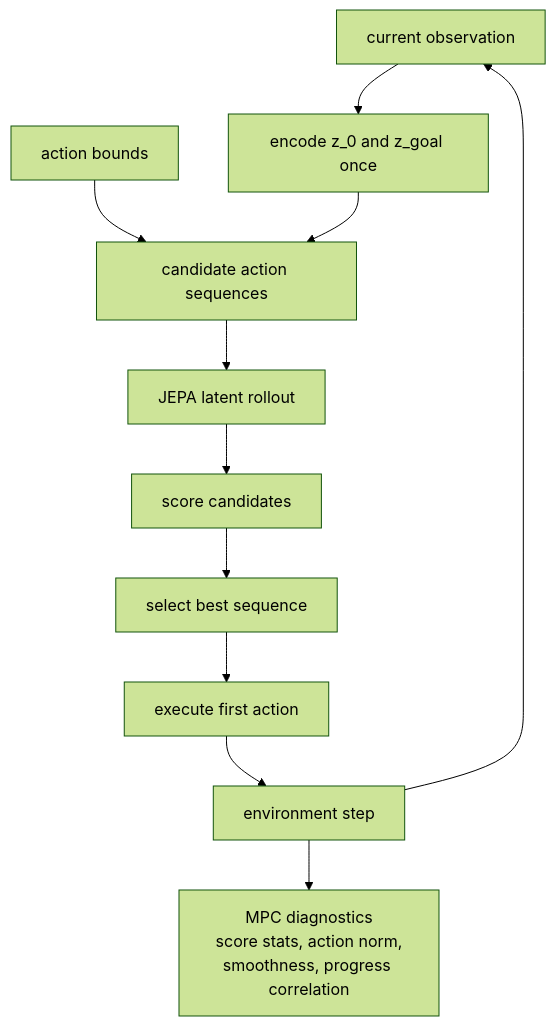
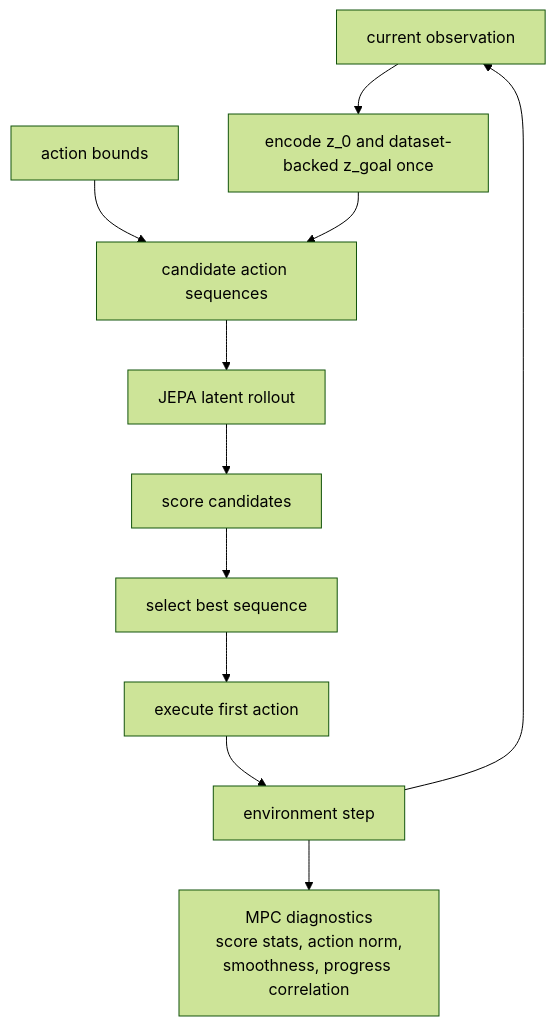
The eighth of 9 diagrams in README.md (gustavorubim/jepa-benchmark), drawn with Mermaid (forest theme) before and after one commit. The commit also changed other lines of this file and 5 other files, not shown here.

````diff
--- a/README.md
+++ b/README.md
@@ -278,13 +278,13 @@
 ```mermaid
 flowchart TD
-    Obs["current observation"] --> Context["encode z_0 and z_goal once"]
+    Obs["current observation"] --> Context["encode z_0 and dataset-backed z_goal once"]
     Bounds["action bounds"] --> Candidates["candidate action sequences"]
     Context --> Candidates
     Candidates --> Rollout["JEPA latent rollout"]
     Rollout --> Score["score candidates"]
     Score --> Select["select best sequence"]
     Select --> Act["execute first action"]
     Act --> EnvStep["environment step"]
     EnvStep --> Diagnostics["MPC diagnostics\nscore stats, action norm,\nsmoothness, progress correlation"]
     EnvStep --> Obs
 ```
````
